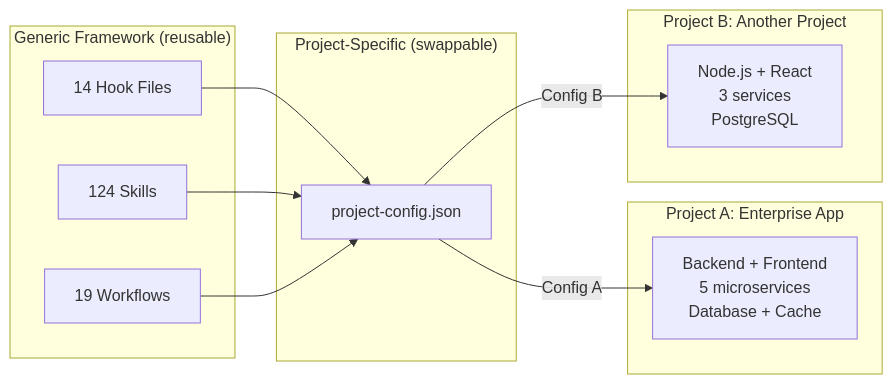
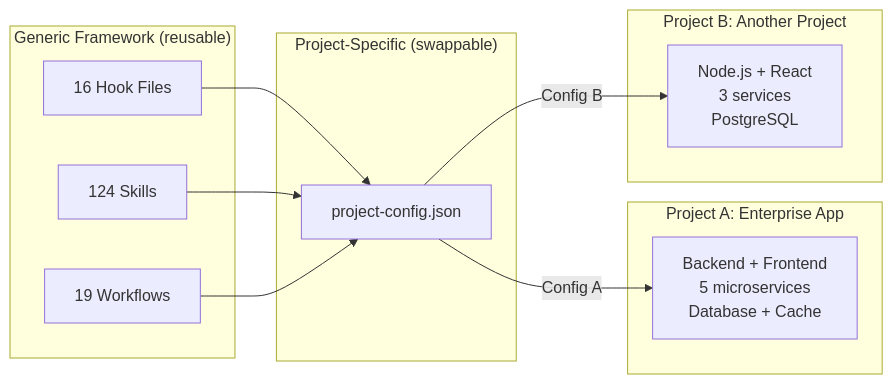
Before and after one commit to duc01226/easy-claude: the eighth of 20 diagrams in .claude/docs/claude-ai-agent-framework-guide.md, drawn with Mermaid. The commit also changed other lines of this file and 378 other files, not shown here.

````diff
--- a/.claude/docs/claude-ai-agent-framework-guide.md
+++ b/.claude/docs/claude-ai-agent-framework-guide.md
@@ -899,24 +901,24 @@
 ```mermaid
 graph LR
     subgraph "Generic Framework (reusable)"
-        H[14 Hook Files]
+        H[16 Hook Files]
         S[124 Skills]
         W[19 Workflows]
     end
 
     subgraph "Project-Specific (swappable)"
         PC[project-config.json]
     end
 
     subgraph "Project A: Enterprise App"
         PA[Backend + Frontend<br/>5 microservices<br/>Database + Cache]
     end
 
     subgraph "Project B: Another Project"
         PB[Node.js + React<br/>3 services<br/>PostgreSQL]
     end
 
     H & S & W --> PC
     PC -->|Config A| PA
     PC -->|Config B| PB
 ```
````
